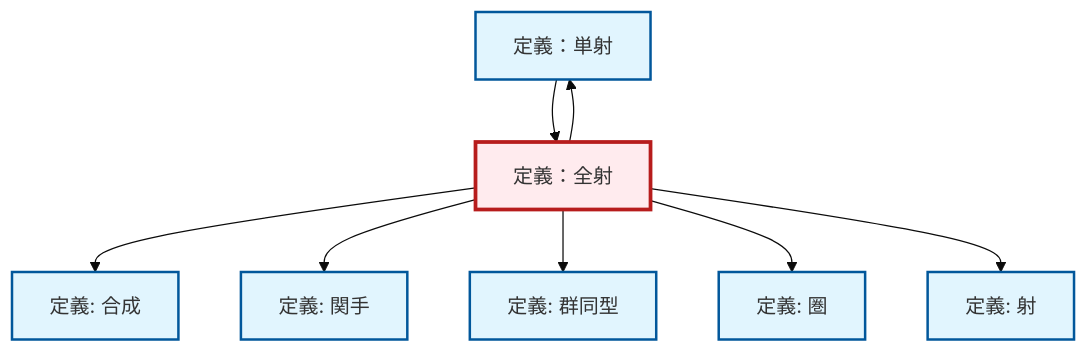
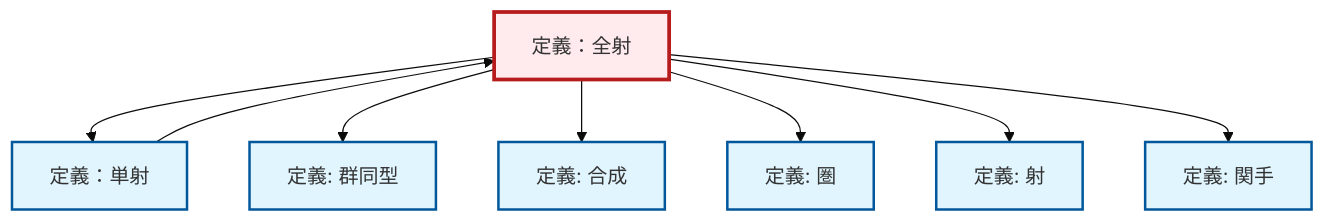
Before and after one commit to RK0429/ModernMath: the diagram in content/ja/category-theory/def-epimorphism.qmd, drawn with Mermaid (base theme). The commit also changed 672 other files, not shown here.

````diff
--- a/content/ja/category-theory/def-epimorphism.qmd
+++ b/content/ja/category-theory/def-epimorphism.qmd
@@ -97,30 +97,30 @@
 ```{mermaid}
-%%| fig-cap: "Local dependency graph"
+%%| fig-cap: "ローカル依存関係グラフ"
 graph TD
     classDef definition fill:#e1f5fe,stroke:#01579b,stroke-width:2px
     classDef theorem fill:#f3e5f5,stroke:#4a148c,stroke-width:2px
     classDef axiom fill:#fff3e0,stroke:#e65100,stroke-width:2px
     classDef example fill:#e8f5e9,stroke:#1b5e20,stroke-width:2px
     classDef current fill:#ffebee,stroke:#b71c1c,stroke-width:3px
+    def-morphism["定義: 射"]:::definition
     def-isomorphism["定義: 群同型"]:::definition
+    def-epimorphism["定義：全射"]:::definition
     def-composition["定義: 合成"]:::definition
     def-category["定義: 圏"]:::definition
+    def-functor["定義: 関手"]:::definition
     def-monomorphism["定義：単射"]:::definition
-    def-functor["定義: 関手"]:::definition
-    def-morphism["定義: 射"]:::definition
-    def-epimorphism["定義：全射"]:::definition
+    def-epimorphism --> def-monomorphism
+    def-epimorphism --> def-isomorphism
     def-epimorphism --> def-composition
+    def-epimorphism --> def-category
+    def-epimorphism --> def-morphism
     def-epimorphism --> def-functor
-    def-epimorphism --> def-isomorphism
-    def-epimorphism --> def-category
-    def-epimorphism --> def-monomorphism
-    def-epimorphism --> def-morphism
     def-monomorphism --> def-epimorphism
     class def-epimorphism current
+    click def-morphism "def-morphism.html" "射の定義へ"
     click def-isomorphism "def-isomorphism.html" "群同型の定義へ"
     click def-composition "def-composition.html" "合成の定義へ"
     click def-category "def-category.html" "圏の定義へ"
+    click def-functor "def-functor.html" "関手の定義へ"
     click def-monomorphism "def-monomorphism.html" "定義：単射へ"
-    click def-functor "def-functor.html" "関手の定義へ"
-    click def-morphism "def-morphism.html" "射の定義へ"
 ```
````
